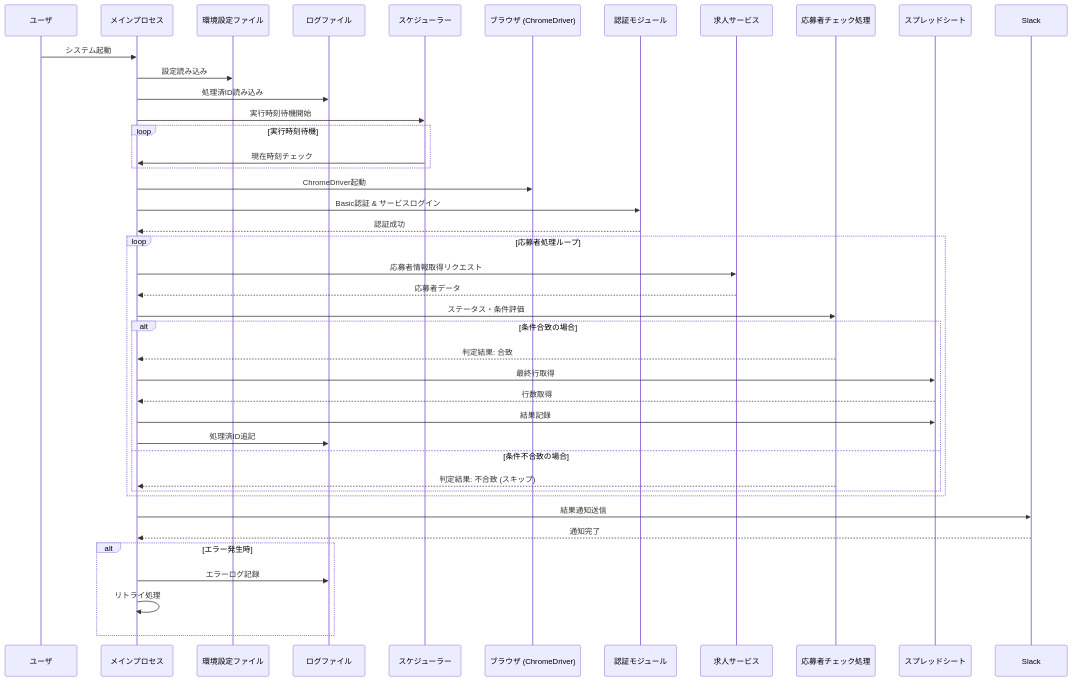
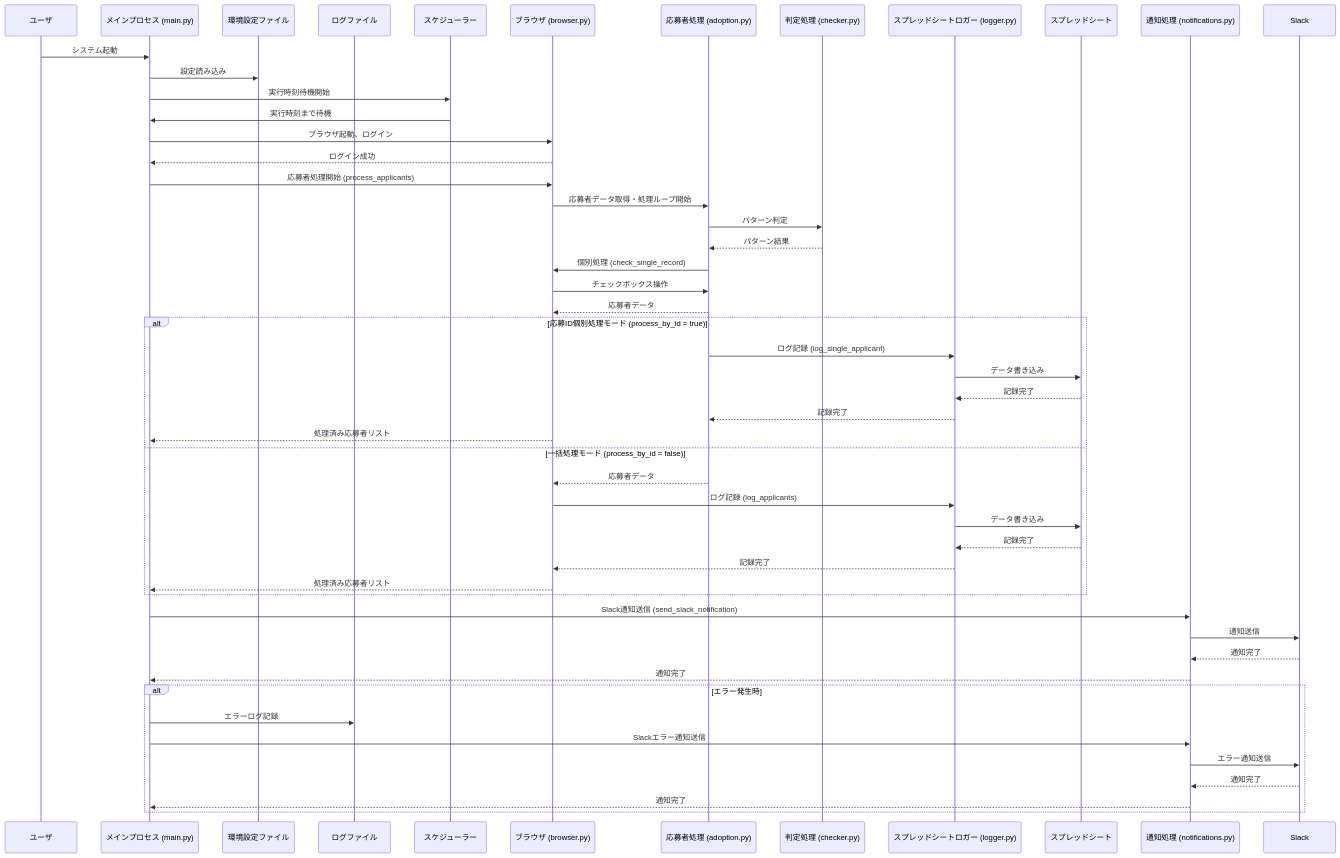
The diagram in docs/sequence.md (gucchon001/adoption_autocheck), drawn with Mermaid before and after one commit. The commit also changed 6 other files, not shown here.

````diff
--- a/docs/sequence.md
+++ b/docs/sequence.md
@@ -1,50 +1,59 @@
 ```mermaid
 sequenceDiagram
     participant User as ユーザ
-    participant Main as メインプロセス
+    participant Main as メインプロセス (main.py)
     participant Env as 環境設定ファイル
     participant Log as ログファイル
     participant Scheduler as スケジューラー
-    participant Browser as ブラウザ (ChromeDriver)
-    participant Auth as 認証モジュール
-    participant Service as 求人サービス
-    participant Checker as 応募者チェック処理
+    participant Browser as ブラウザ (browser.py)
+    participant Adoption as 応募者処理 (adoption.py)
+    participant Checker as 判定処理 (checker.py)
+    participant SheetLogger as スプレッドシートロガー (logger.py)
     participant Sheet as スプレッドシート
+    participant Notifier as 通知処理 (notifications.py)
     participant Slack as Slack
 
     User->>Main: システム起動
     Main->>Env: 設定読み込み
-    Main->>Log: 処理済ID読み込み
     Main->>Scheduler: 実行時刻待機開始
+    Scheduler->>Main: 実行時刻まで待機
 
-    loop 実行時刻待機
-        Scheduler->>Main: 現在時刻チェック
+    Main->>Browser: ブラウザ起動、ログイン
+    Browser-->>Main: ログイン成功
+
+    Main->>Browser: 応募者処理開始 (process_applicants)
+    Browser->>Adoption: 応募者データ取得・処理ループ開始
+    Adoption->>Checker: パターン判定
+    Checker-->>Adoption: パターン結果
+    Adoption->>Browser: 個別処理 (check_single_record)
+    Browser->>Adoption: チェックボックス操作
+    Adoption-->>Browser: 応募者データ
+
+    alt 応募ID個別処理モード (process_by_id = true)
+        Adoption->>SheetLogger: ログ記録 (log_single_applicant)
+        SheetLogger->>Sheet: データ書き込み
+        Sheet-->>SheetLogger: 記録完了
+        SheetLogger-->>Adoption: 記録完了
+        Browser-->>Main: 処理済み応募者リスト
+    else 一括処理モード (process_by_id = false)
+        Adoption-->>Browser: 応募者データ
+        Browser->>SheetLogger: ログ記録 (log_applicants)
+        SheetLogger->>Sheet: データ書き込み
+        Sheet-->>SheetLogger: 記録完了
+        SheetLogger-->>Browser: 記録完了
+        Browser-->>Main: 処理済み応募者リスト
     end
 
-    Main->>Browser: ChromeDriver起動
-    Main->>Auth: Basic認証 & サービスログイン
-    Auth-->>Main: 認証成功
-
-    loop 応募者処理ループ
-        Main->>Service: 応募者情報取得リクエスト
-        Service-->>Main: 応募者データ
-        Main->>Checker: ステータス・条件評価
-        alt 条件合致の場合
-            Checker-->>Main: 判定結果: 合致
-            Main->>Sheet: 最終行取得
-            Sheet-->>Main: 行数取得
-            Main->>Sheet: 結果記録
-            Main->>Log: 処理済ID追記
-        else 条件不合致の場合
-            Checker-->>Main: 判定結果: 不合致 (スキップ)
-        end
-    end
-
-    Main->>Slack: 結果通知送信
-    Slack-->>Main: 通知完了
+    Main->>Notifier: Slack通知送信 (send_slack_notification)
+    Notifier->>Slack: 通知送信
+    Slack-->>Notifier: 通知完了
+    Notifier-->>Main: 通知完了
 
     alt エラー発生時
         Main->>Log: エラーログ記録
-        Main->>Main: リトライ処理
+        Main->>Notifier: Slackエラー通知送信
+        Notifier->>Slack: エラー通知送信
+        Slack-->>Notifier: 通知完了
+        Notifier-->>Main: 通知完了
     end
 ```
````
